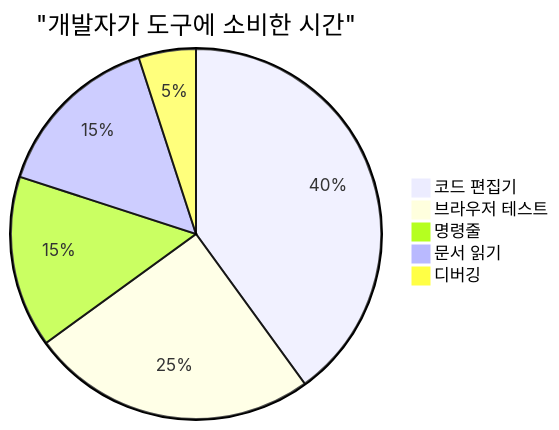
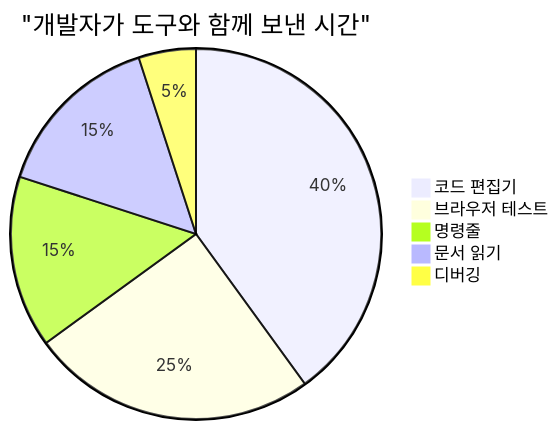
The sixth of 7 diagrams in translations/ko/1-getting-started-lessons/1-intro-to-programming-languages/README.md (microsoft/Web-Dev-For-Beginners), drawn with Mermaid before and after one commit. The commit also changed other lines of this file and 11 other files, not shown here.

````diff
--- a/translations/ko/1-getting-started-lessons/1-intro-to-programming-languages/README.md
+++ b/translations/ko/1-getting-started-lessons/1-intro-to-programming-languages/README.md
@@ -713,8 +712,8 @@
 ```mermaid
-pie title "개발자가 도구에 소비한 시간"
+pie title "개발자가 도구와 함께 보낸 시간"
     "코드 편집기" : 40
     "브라우저 테스트" : 25
     "명령줄" : 15
     "문서 읽기" : 15
     "디버깅" : 5
-```  
+```
````
